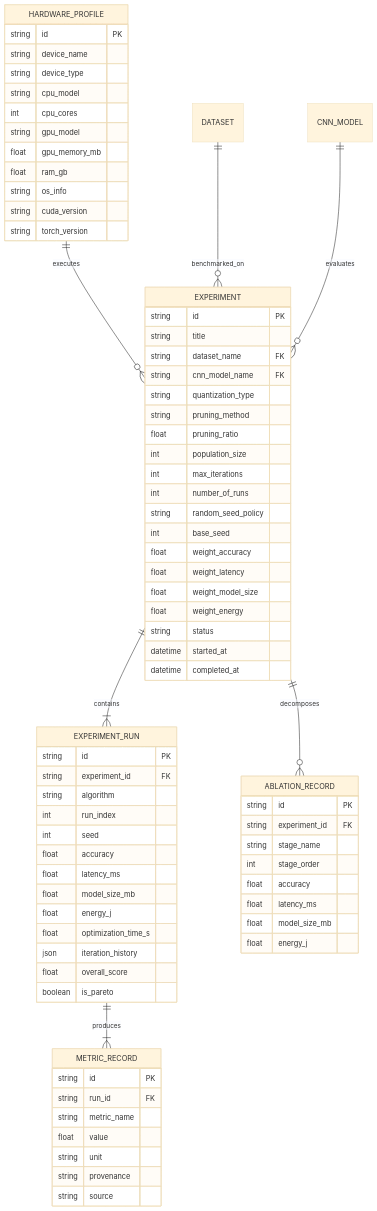
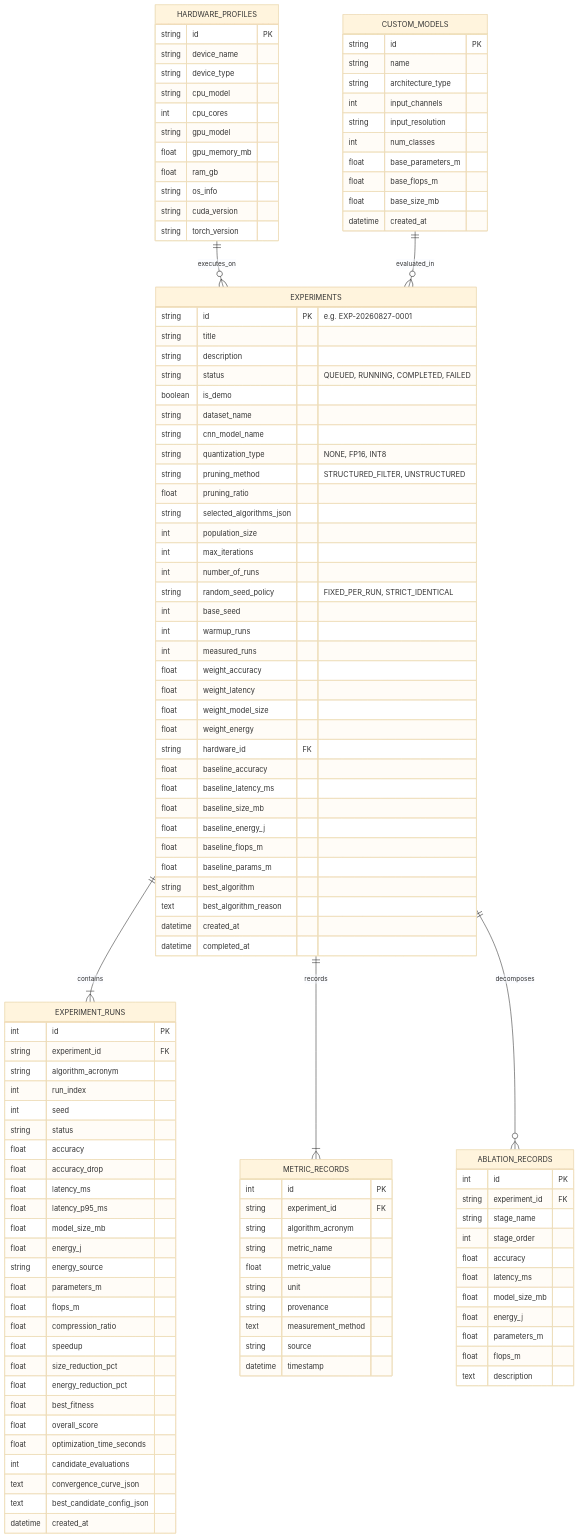
One commit to UmeshCode1/cnn-optimization-benchmark changed the third of 3 diagrams in docs/architecture.md. Above: the diagram before and after it, drawn with Mermaid (base theme). The commit also changed other lines of this file and 5 other files, not shown here.

Commit message:
Feat: Complete Architecture Diagrams, 10 Metaheuristic Formulations, Interactive Live Report Preview, and GitHub Wiki Blueprint

````diff
--- a/docs/architecture.md
+++ b/docs/architecture.md
@@ -106,13 +246,12 @@
 ```mermaid
 erDiagram
-    HARDWARE_PROFILE ||--o{ EXPERIMENT : executes
-    DATASET ||--o{ EXPERIMENT : benchmarked_on
-    CNN_MODEL ||--o{ EXPERIMENT : evaluates
-    EXPERIMENT ||--|{ EXPERIMENT_RUN : contains
-    EXPERIMENT ||--o{ ABLATION_RECORD : decomposes
-    EXPERIMENT_RUN ||--|{ METRIC_RECORD : produces
+    HARDWARE_PROFILES ||--o{ EXPERIMENTS : "executes_on"
+    EXPERIMENTS ||--|{ EXPERIMENT_RUNS : "contains"
+    EXPERIMENTS ||--|{ METRIC_RECORDS : "records"
+    EXPERIMENTS ||--o{ ABLATION_RECORDS : "decomposes"
+    CUSTOM_MODELS ||--o{ EXPERIMENTS : "evaluated_in"
 
-    HARDWARE_PROFILE {
+    HARDWARE_PROFILES {
         string id PK
         string device_name
         string device_type
@@ -126,56 +265,86 @@
         string torch_version
     }
 
-    EXPERIMENT {
-        string id PK
+    EXPERIMENTS {
+        string id PK "e.g. EXP-20260827-0001"
         string title
-        string dataset_name FK
-        string cnn_model_name FK
-        string quantization_type
-        string pruning_method
+        string description
+        string status "QUEUED, RUNNING, COMPLETED, FAILED"
+        boolean is_demo
+        string dataset_name
+        string cnn_model_name
+        string quantization_type "NONE, FP16, INT8"
+        string pruning_method "STRUCTURED_FILTER, UNSTRUCTURED"
         float pruning_ratio
+        string selected_algorithms_json
         int population_size
         int max_iterations
         int number_of_runs
-        string random_seed_policy
+        string random_seed_policy "FIXED_PER_RUN, STRICT_IDENTICAL"
         int base_seed
+        int warmup_runs
+        int measured_runs
         float weight_accuracy
         float weight_latency
         float weight_model_size
         float weight_energy
-        string status
-        datetime started_at
+        string hardware_id FK
+        float baseline_accuracy
+        float baseline_latency_ms
+        float baseline_size_mb
+        float baseline_energy_j
+        float baseline_flops_m
+        float baseline_params_m
+        string best_algorithm
+        text best_algorithm_reason
+        datetime created_at
         datetime completed_at
     }
 
-    EXPERIMENT_RUN {
-        string id PK
+    EXPERIMENT_RUNS {
+        int id PK
         string experiment_id FK
-        string algorithm
+        string algorithm_acronym
         int run_index
         int seed
+        string status
         float accuracy
+        float accuracy_drop
         float latency_ms
+        float latency_p95_ms
         float model_size_mb
         float energy_j
-        float optimization_time_s
-        json iteration_history
+        string energy_source
+        float parameters_m
+        float flops_m
+        float compression_ratio
+        float speedup
+        float size_reduction_pct
+        float energy_reduction_pct
+        float best_fitness
         float overall_score
-        boolean is_pareto
+        float optimization_time_seconds
+        int candidate_evaluations
+        text convergence_curve_json
+        text best_candidate_config_json
+        datetime created_at
     }
 
-    METRIC_RECORD {
-        string id PK
-        string run_id FK
+    METRIC_RECORDS {
+        int id PK
+        string experiment_id FK
+        string algorithm_acronym
         string metric_name
-        float value
+        float metric_value
         string unit
         string provenance
+        text measurement_method
         string source
+        datetime timestamp
     }
 
-    ABLATION_RECORD {
-        string id PK
+    ABLATION_RECORDS {
+        int id PK
         string experiment_id FK
         string stage_name
         int stage_order
@@ -183,5 +352,21 @@
         float latency_ms
         float model_size_mb
         float energy_j
+        float parameters_m
+        float flops_m
+        text description
+    }
+
+    CUSTOM_MODELS {
+        string id PK
+        string name
+        string architecture_type
+        int input_channels
+        string input_resolution
+        int num_classes
+        float base_parameters_m
+        float base_flops_m
+        float base_size_mb
+        datetime created_at
     }
 ```
````
